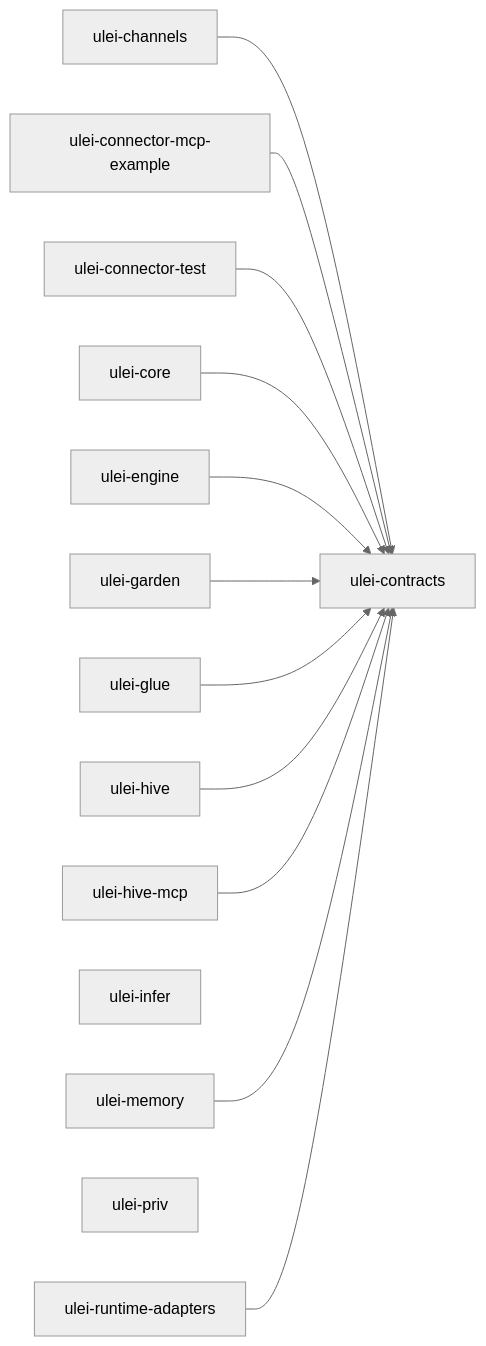
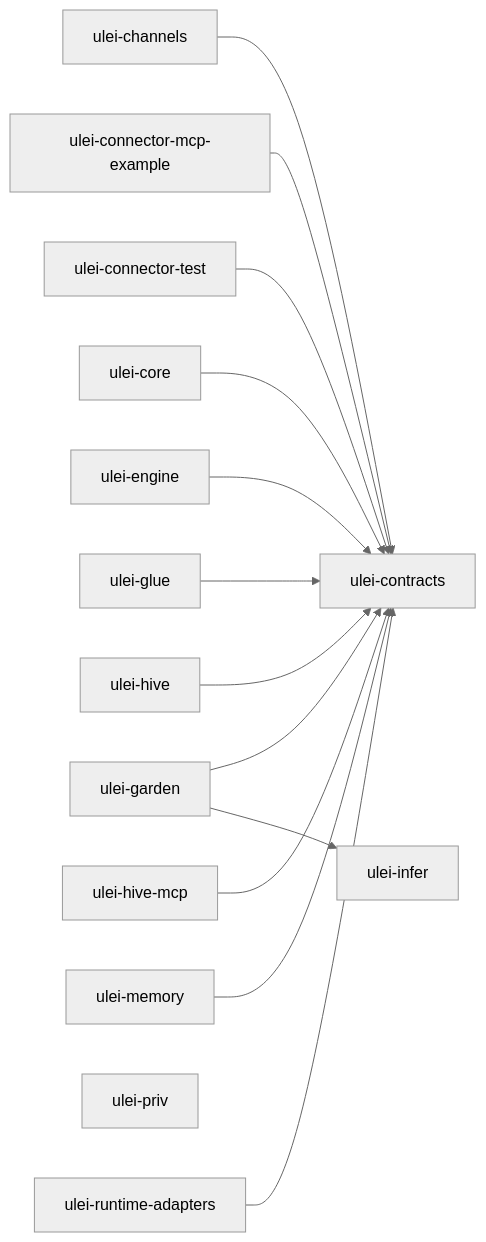
One commit to pasekahq/ulei changed the diagram in docs/architecture/module-map.md. Above: the diagram before and after it, drawn with Mermaid (neutral theme). The commit also changed other lines of this file and 20 other files, not shown here.

````diff
--- a/docs/architecture/module-map.md
+++ b/docs/architecture/module-map.md
@@ -28,28 +28,29 @@
 ```mermaid
 graph LR
   ulei_channels["ulei-channels"]
   ulei_connector_mcp_example["ulei-connector-mcp-example"]
   ulei_connector_test["ulei-connector-test"]
   ulei_contracts["ulei-contracts"]
   ulei_core["ulei-core"]
   ulei_engine["ulei-engine"]
   ulei_garden["ulei-garden"]
   ulei_glue["ulei-glue"]
   ulei_hive["ulei-hive"]
   ulei_hive_mcp["ulei-hive-mcp"]
   ulei_infer["ulei-infer"]
   ulei_memory["ulei-memory"]
   ulei_priv["ulei-priv"]
   ulei_runtime_adapters["ulei-runtime-adapters"]
   ulei_channels --> ulei_contracts
   ulei_connector_mcp_example --> ulei_contracts
   ulei_connector_test --> ulei_contracts
   ulei_core --> ulei_contracts
   ulei_engine --> ulei_contracts
   ulei_garden --> ulei_contracts
+  ulei_garden --> ulei_infer
   ulei_glue --> ulei_contracts
   ulei_hive --> ulei_contracts
   ulei_hive_mcp --> ulei_contracts
   ulei_memory --> ulei_contracts
   ulei_runtime_adapters --> ulei_contracts
 ```
````
